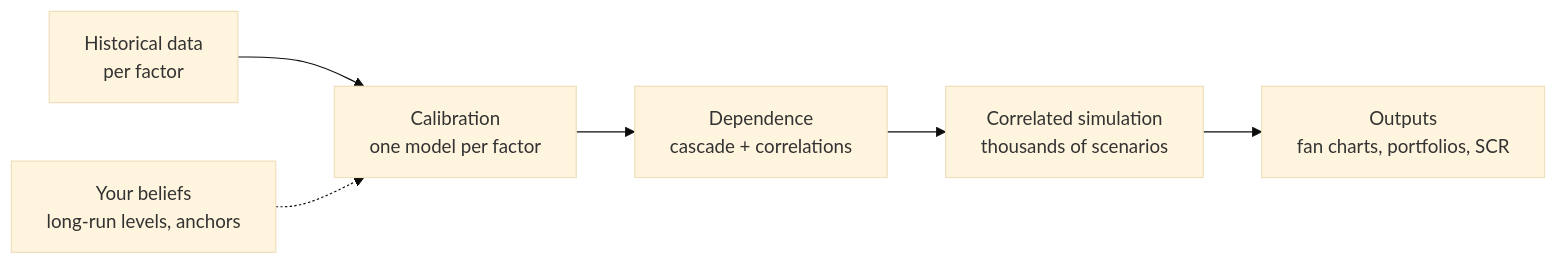
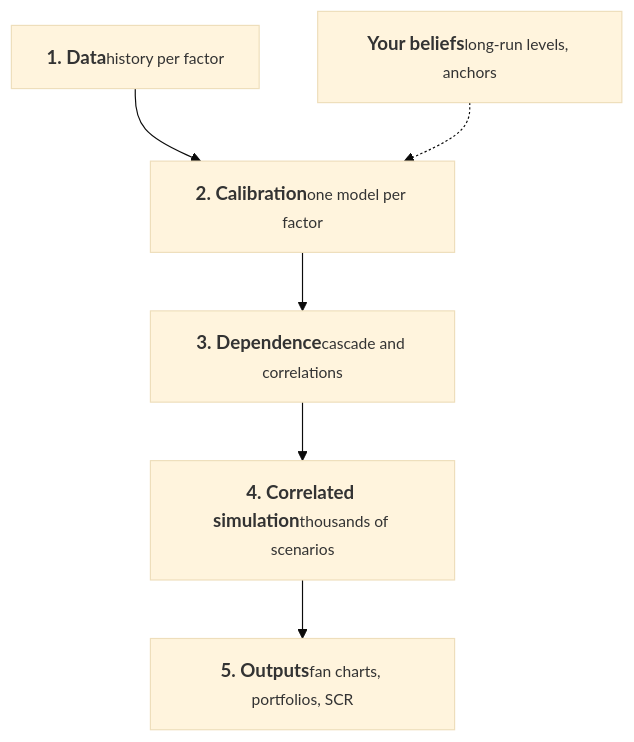
Before and after one commit to JerBouma/jerbouma.github.io: the first of 2 diagrams in _pages/financescenarios/documentation/architecture.md, drawn with Mermaid (base theme). The commit also changed other lines of this file and 6 other files, not shown here.

First line of the commit message:
Diagrams that match the site: card-style nodes, sequence diagrams for step flows (#145)

```diff
--- a/_pages/financescenarios/documentation/architecture.md
+++ b/_pages/financescenarios/documentation/architecture.md
@@ -22,8 +22,9 @@
 <div class="mermaid">
-flowchart LR
-    data["Historical data<br/>per factor"] --> calibration["Calibration<br/>one model per factor"]
-    beliefs["Your beliefs<br/>long-run levels, anchors"] -.-> calibration
-    calibration --> dependence["Dependence<br/>cascade + correlations"]
-    dependence --> simulation["Correlated simulation<br/>thousands of scenarios"]
-    simulation --> outputs["Outputs<br/>fan charts, portfolios, SCR"]
+flowchart TD
+    data["<b>1. Data</b><small>history per factor</small>"] --> calibration["<b>2. Calibration</b><small>one model per factor</small>"]
+    beliefs["<b>Your beliefs</b><small>long-run levels, anchors</small>"] -.-> calibration
+    calibration --> dependence["<b>3. Dependence</b><small>cascade and correlations</small>"]
+    dependence --> simulation["<b>4. Correlated simulation</b><small>thousands of scenarios</small>"]
+    simulation --> outputs["<b>5. Outputs</b><small>fan charts, portfolios, SCR</small>"]
+    class simulation accent
 </div>
```
